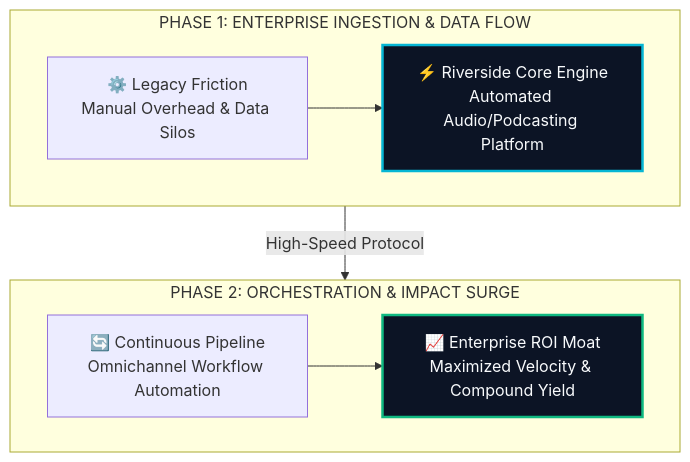
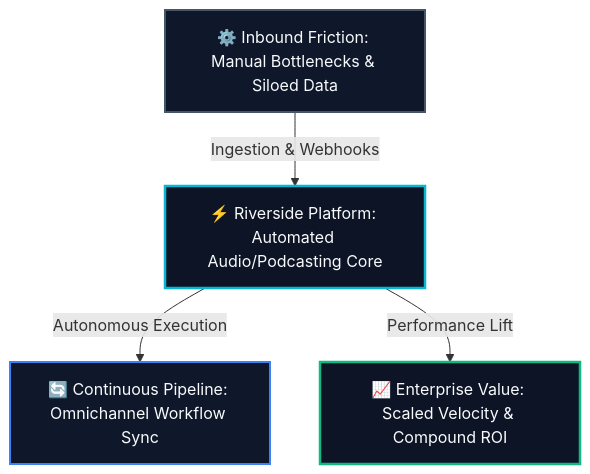
One commit to heliatech-media/saas-radar changed the diagram in site/src/content/blog/riverside-evolution-guide-2026.md. Above: the diagram before and after it, drawn with Mermaid. The commit also changed 93 other files, not shown here.

First line of the commit message:
fix(diagrams): resolve dagre-d3 subgraph collision by migrating to balanced 3-tier Hub & Spoke architecture

````diff
--- a/site/src/content/blog/riverside-evolution-guide-2026.md
+++ b/site/src/content/blog/riverside-evolution-guide-2026.md
@@ -51,14 +51,14 @@
 ```mermaid
 flowchart TD
-    subgraph S1["PHASE 1: ENTERPRISE INGESTION & DATA FLOW"]
-        direction LR
-        A["⚙️ Legacy Friction<br/>Manual Overhead & Data Silos"] --> B["⚡ Riverside Core Engine<br/>Automated Audio/Podcasting Platform"]
-    end
-    subgraph S2["PHASE 2: ORCHESTRATION & IMPACT SURGE"]
-        direction LR
-        C["🔄 Continuous Pipeline<br/>Omnichannel Workflow Automation"] --> D["📈 Enterprise ROI Moat<br/>Maximized Velocity & Compound Yield"]
-    end
-    S1 -->|High-Speed Protocol| S2
-    style B fill:#0c1425,stroke:#06b6d4,stroke-width:2.5px,color:#f8fafc
-    style D fill:#0c1425,stroke:#10b981,stroke-width:2.5px,color:#f8fafc
+    Inp["⚙️ Inbound Friction: Manual Bottlenecks & Siloed Data"]
+    Eng["⚡ Riverside Platform: Automated Audio/Podcasting Core"]
+    Out1["🔄 Continuous Pipeline: Omnichannel Workflow Sync"]
+    Out2["📈 Enterprise Value: Scaled Velocity & Compound ROI"]
+    Inp -->|Ingestion & Webhooks| Eng
+    Eng -->|Autonomous Execution| Out1
+    Eng -->|Performance Lift| Out2
+    style Inp fill:#0f172a,stroke:#475569,stroke-width:2px,color:#f8fafc
+    style Eng fill:#0c1425,stroke:#06b6d4,stroke-width:2.5px,color:#f8fafc
+    style Out1 fill:#0f172a,stroke:#3b82f6,stroke-width:2px,color:#f8fafc
+    style Out2 fill:#0c1425,stroke:#10b981,stroke-width:2.5px,color:#f8fafc
 ```
````
